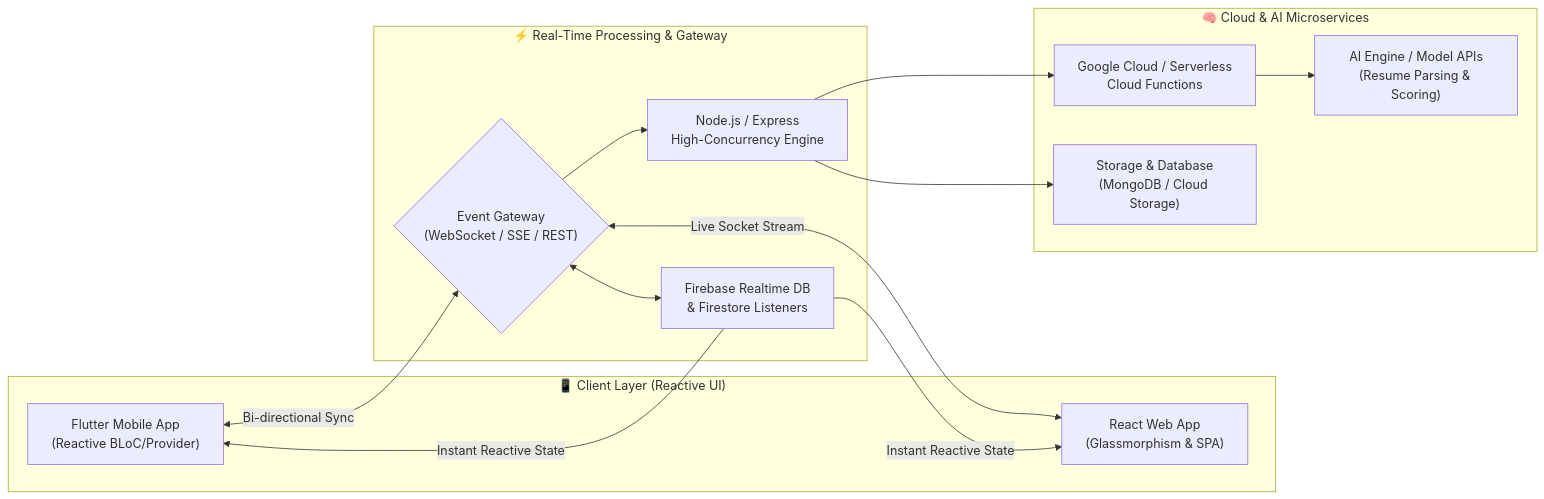
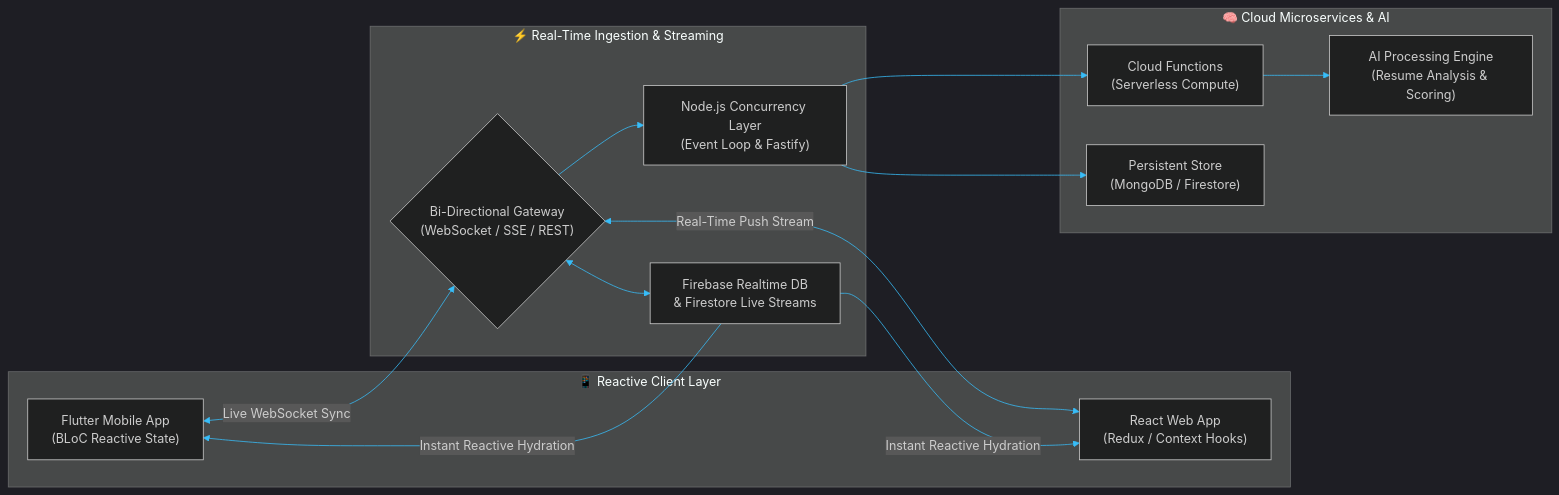
One commit to Yokeshkumar-tech/Yokeshkumar-tech changed the first of 2 diagrams in README.md. Above: the diagram before and after it, drawn with Mermaid. The commit also changed other lines of this file, not shown here.

Commit message:
design: switch to sleek cyber-obsidian design with full real-time process pipelines

````diff
--- a/README.md
+++ b/README.md
@@ -95,30 +48,30 @@
 ```mermaid
+%%{init: {'theme': 'dark', 'themeVariables': { 'darkMode': true, 'background': '#0b0f19', 'primaryColor': '#111827', 'primaryBorderColor': '#00F5D4', 'primaryTextColor': '#F8FAFC', 'lineColor': '#38BDF8', 'secondaryColor': '#1E293B', 'tertiaryColor': '#0F172A' }}}%%
 flowchart LR
-    %% Modern Glassmorphic Dark Flow
-    subgraph Clients["📱 Client Layer (Reactive UI)"]
-        A["Flutter Mobile App<br/>(Reactive BLoC/Provider)"]
-        B["React Web App<br/>(Glassmorphism & SPA)"]
+    subgraph Clients["📱 Reactive Client Layer"]
+        C1["Flutter Mobile App<br/>(BLoC Reactive State)"]
+        C2["React Web App<br/>(Redux / Context Hooks)"]
     end
 
-    subgraph RealTimeGateway["⚡ Real-Time Processing & Gateway"]
-        C{"Event Gateway<br/>(WebSocket / SSE / REST)"}
-        D["Node.js / Express<br/>High-Concurrency Engine"]
-        E["Firebase Realtime DB<br/>& Firestore Listeners"]
+    subgraph Streaming["⚡ Real-Time Ingestion & Streaming"]
+        G1{"Bi-Directional Gateway<br/>(WebSocket / SSE / REST)"}
+        G2["Node.js Concurrency Layer<br/>(Event Loop & Fastify)"]
+        G3["Firebase Realtime DB<br/>& Firestore Live Streams"]
     end
 
-    subgraph Intelligence["🧠 Cloud & AI Microservices"]
-        F["Google Cloud / Serverless<br/>Cloud Functions"]
-        G["AI Engine / Model APIs<br/>(Resume Parsing & Scoring)"]
-        H["Storage & Database<br/>(MongoDB / Cloud Storage)"]
+    subgraph Compute["🧠 Cloud Microservices & AI"]
+        M1["Cloud Functions<br/>(Serverless Compute)"]
+        M2["AI Processing Engine<br/>(Resume Analysis & Scoring)"]
+        M3["Persistent Store<br/>(MongoDB / Firestore)"]
     end
 
-    A <-->|"Bi-directional Sync"| C
-    B <-->|"Live Socket Stream"| C
-    C --> D
-    C <--> E
-    D --> F
-    F --> G
-    D --> H
-    E -->|"Instant Reactive State"| A
-    E -->|"Instant Reactive State"| B
+    C1 <-->|"Live WebSocket Sync"| G1
+    C2 <-->|"Real-Time Push Stream"| G1
+    G1 --> G2
+    G1 <--> G3
+    G2 --> M1
+    M1 --> M2
+    G2 --> M3
+    G3 -->|"Instant Reactive Hydration"| C1
+    G3 -->|"Instant Reactive Hydration"| C2
 ```
````
